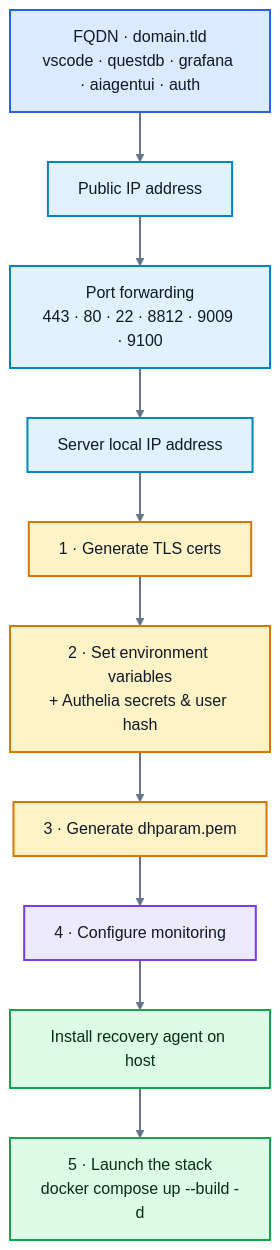
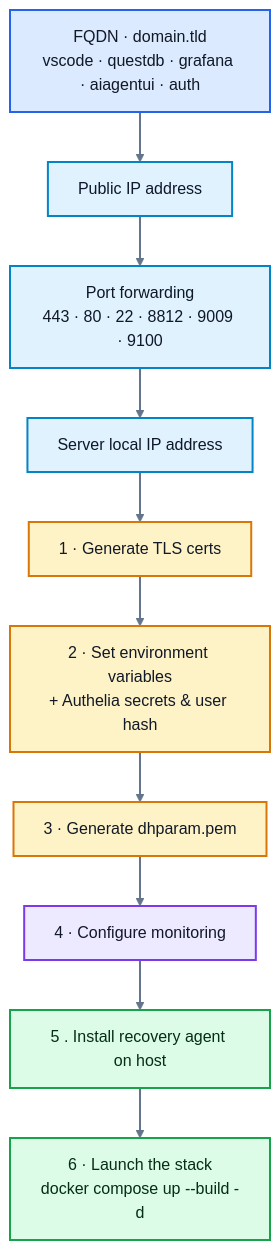
The diagram in docker/README.md (quantiota/AI-Agent-Lab), drawn with Mermaid before and after one commit.

````diff
--- a/docker/README.md
+++ b/docker/README.md
@@ -279,26 +279,26 @@
 ```mermaid
 flowchart TD
     A["FQDN · domain.tld<br/>vscode · questdb · grafana · aiagentui · auth"] --> B["Public IP address"]
     B --> C["Port forwarding<br/>443 · 80 · 22 · 8812 · 9009 · 9100"]
     C --> D["Server local IP address"]
     D --> E["1 · Generate TLS certs"]
     E --> F["2 · Set environment variables<br/>+ Authelia secrets & user hash"]
     F --> G["3 · Generate dhparam.pem"]
     G --> H["4 · Configure monitoring"]
-    H --> I["Install recovery agent on host<br/>"]
-    I --> J["5 · Launch the stack<br/>docker compose up --build -d"]
+    H --> I["5 . Install recovery agent on host<br/>"]
+    I --> J["6 · Launch the stack<br/>docker compose up --build -d"]
 
     classDef dns fill:#DBEAFE,stroke:#2563EB,stroke-width:2px,color:#111827;
     classDef network fill:#E0F2FE,stroke:#0284C7,stroke-width:2px,color:#0F172A;
     classDef setup fill:#FEF3C7,stroke:#D97706,stroke-width:2px,color:#111827;
     classDef monitor fill:#EDE9FE,stroke:#7C3AED,stroke-width:2px,color:#111827;
     classDef success fill:#DCFCE7,stroke:#16A34A,stroke-width:2px,color:#052E16;
 
     class A dns;
     class B,C,D network;
     class E,F,G setup;
     class H monitor;
     class I,J success;
 
     linkStyle default stroke:#64748B,stroke-width:2px;
 ```
````
